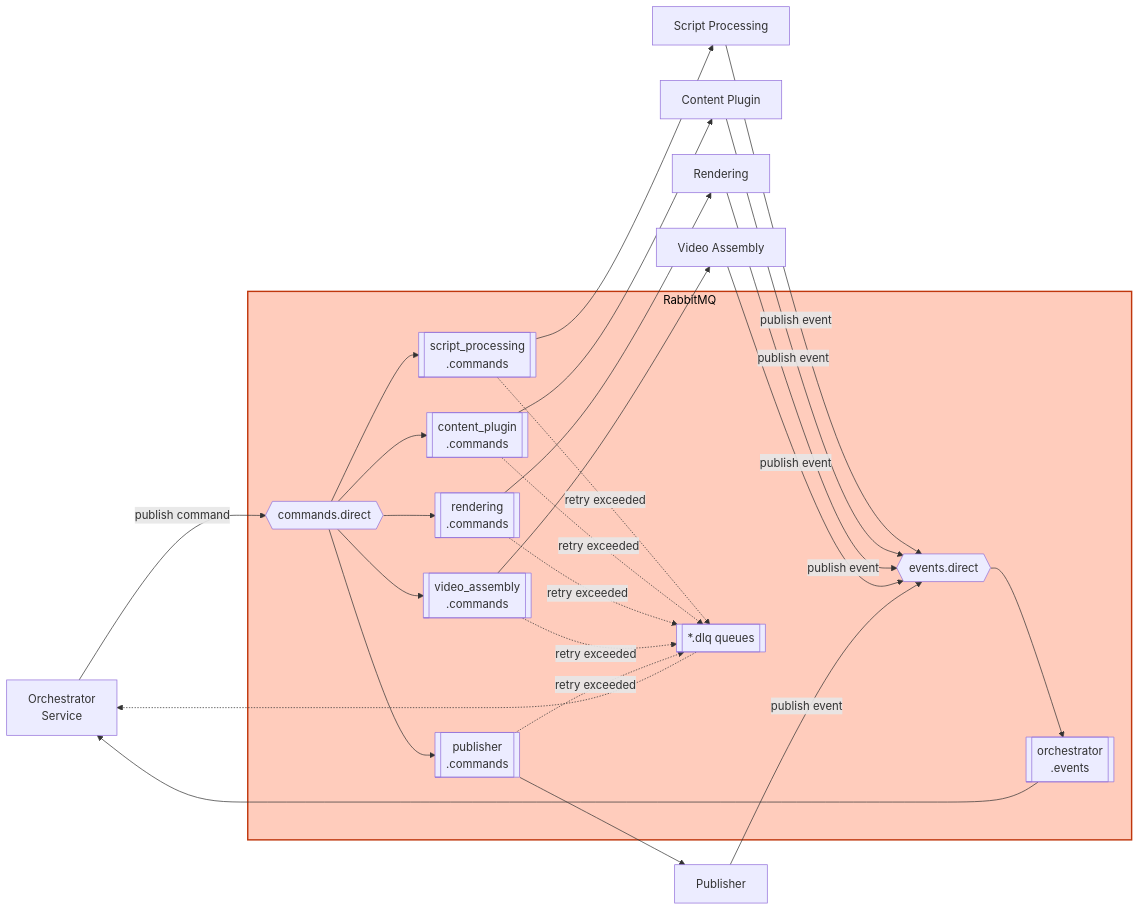
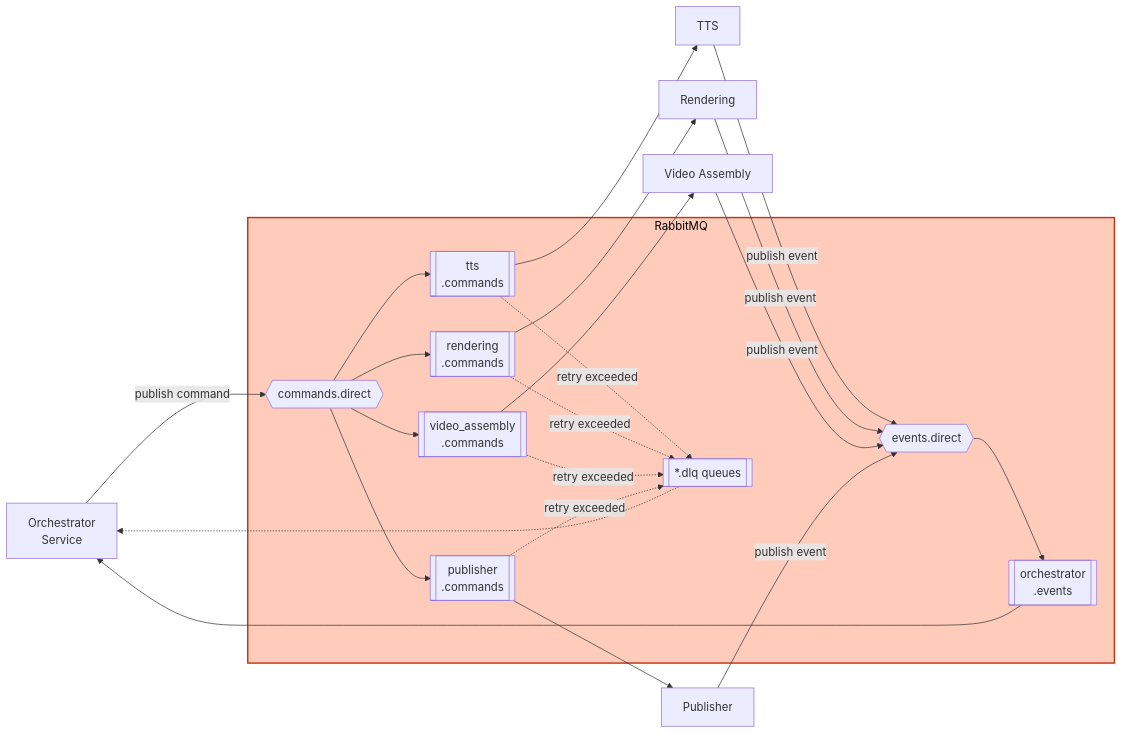
The diagram in aidlc-docs/construction/rabbitmq-infrastructure/nfr-design/logical-components.md (ngoc31031997/ConceptFlow), drawn with Mermaid before and after one commit. The commit also changed other lines of this file and 90 other files, not shown here.

````diff
--- a/aidlc-docs/construction/rabbitmq-infrastructure/nfr-design/logical-components.md
+++ b/aidlc-docs/construction/rabbitmq-infrastructure/nfr-design/logical-components.md
@@ -48,45 +52,40 @@
 ```mermaid
 flowchart LR
     ORCH["Orchestrator<br/>Service"]
 
     subgraph MQ["RabbitMQ"]
         CEX{{"commands.direct"}}
         EEX{{"events.direct"}}
-        Q1[["script_processing<br/>.commands"]]
-        Q2[["content_plugin<br/>.commands"]]
+        Q1[["tts<br/>.commands"]]
         Q3[["rendering<br/>.commands"]]
         Q4[["video_assembly<br/>.commands"]]
         Q5[["publisher<br/>.commands"]]
         QE[["orchestrator<br/>.events"]]
         DLQ[["*.dlq queues"]]
     end
 
-    SP["Script Processing"]
-    CP["Content Plugin"]
+    TTS["TTS"]
     RD["Rendering"]
     VA["Video Assembly"]
     PB["Publisher"]
 
     ORCH -->|publish command| CEX
-    CEX --> Q1 --> SP
-    CEX --> Q2 --> CP
+    CEX --> Q1 --> TTS
     CEX --> Q3 --> RD
     CEX --> Q4 --> VA
     CEX --> Q5 --> PB
 
-    SP -->|publish event| EEX
-    CP -->|publish event| EEX
+    TTS -->|publish event| EEX
     RD -->|publish event| EEX
     VA -->|publish event| EEX
     PB -->|publish event| EEX
     EEX --> QE --> ORCH
 
     Q1 -.->|retry exceeded| DLQ
-    Q2 -.->|retry exceeded| DLQ
     Q3 -.->|retry exceeded| DLQ
     Q4 -.->|retry exceeded| DLQ
     Q5 -.->|retry exceeded| DLQ
     DLQ -.-> ORCH
 
     style MQ fill:#FFCCBC,stroke:#BF360C,stroke-width:2px,color:#000
 ```
````
